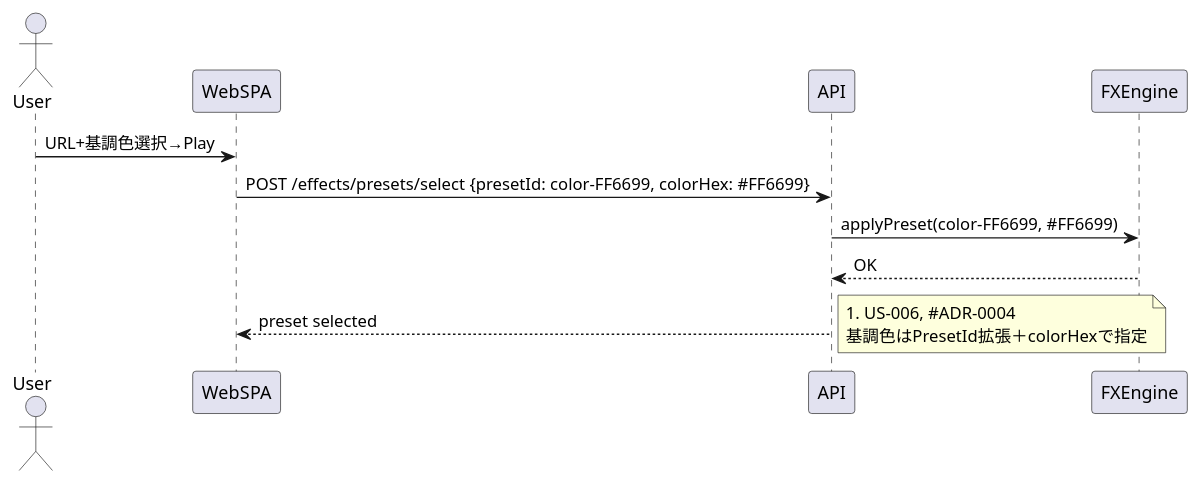
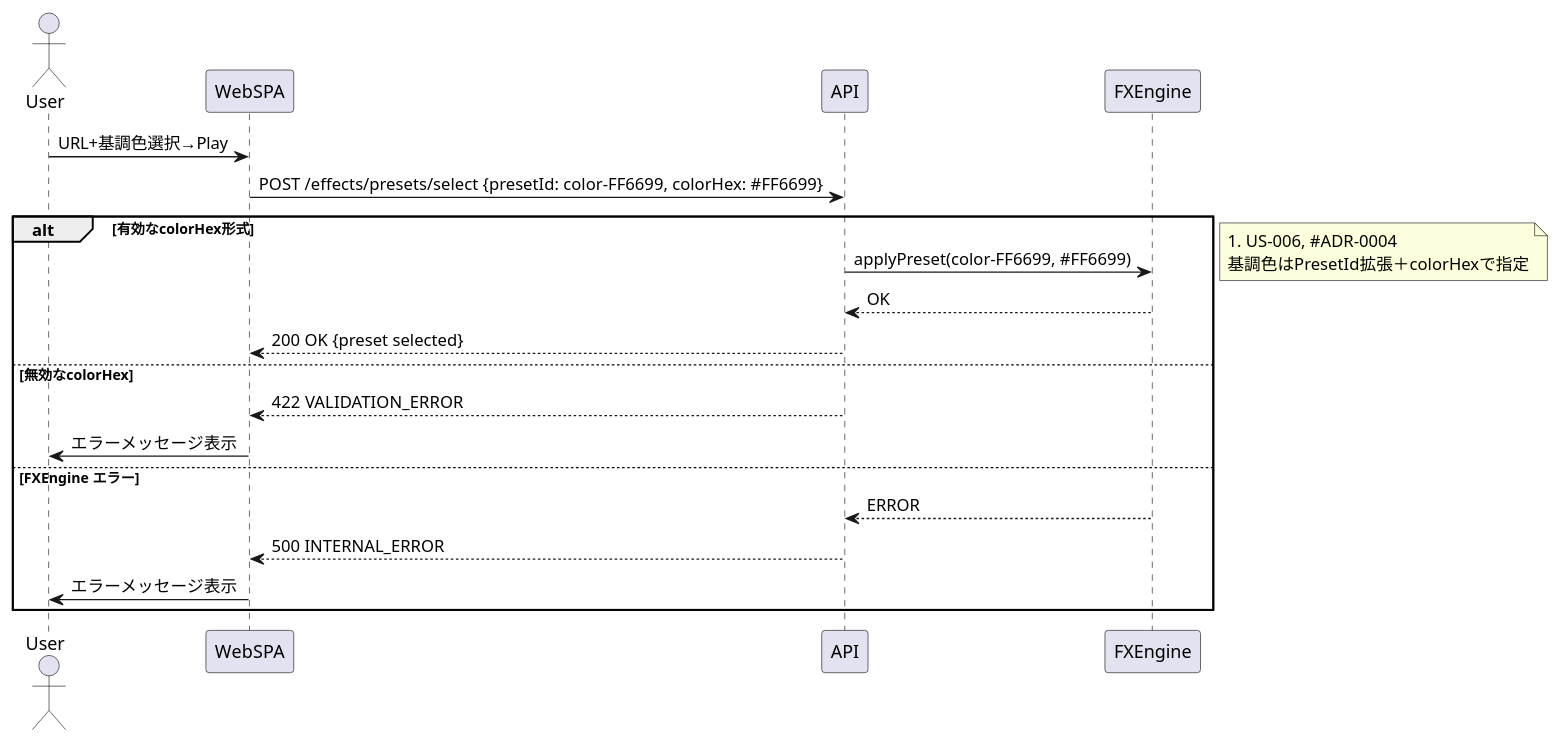
One commit to u-keiya/play_as_you_like changed the diagram in docs/03_design/diagrams/sequence/color_personalize.puml. Above: the diagram before and after it, drawn with PlantUML. The commit also changed 12 other files, not shown here.

```diff
--- a/docs/03_design/diagrams/sequence/color_personalize.puml
+++ b/docs/03_design/diagrams/sequence/color_personalize.puml
@@ -1,19 +1,28 @@
 @startuml
 ' ==========================================================
 ' Sequence Diagram — Color Personalize (PresetId: color-XXXXXX)
 ' PlayAsYouLike Web Rhythm Game
 ' ==========================================================
 actor User
 participant WebSPA
 participant API
 participant FXEngine
 
 User -> WebSPA: URL+基調色選択→Play
 WebSPA -> API: POST /effects/presets/select {presetId: color-FF6699, colorHex: #FF6699}
-API -> FXEngine: applyPreset(color-FF6699, #FF6699)
-FXEngine --> API: OK
-API --> WebSPA: preset selected
+alt 有効なcolorHex形式
+    API -> FXEngine: applyPreset(color-FF6699, #FF6699)
+    FXEngine --> API: OK
+    API --> WebSPA: 200 OK {preset selected}
+else 無効なcolorHex
+    API --> WebSPA: 422 VALIDATION_ERROR
+    WebSPA -> User: エラーメッセージ表示
+else FXEngine エラー
+    FXEngine --> API: ERROR
+    API --> WebSPA: 500 INTERNAL_ERROR
+    WebSPA -> User: エラーメッセージ表示
+end
 
 note right: #US-006, #ADR-0004\n基調色はPresetId拡張＋colorHexで指定
 
 @enduml
```
